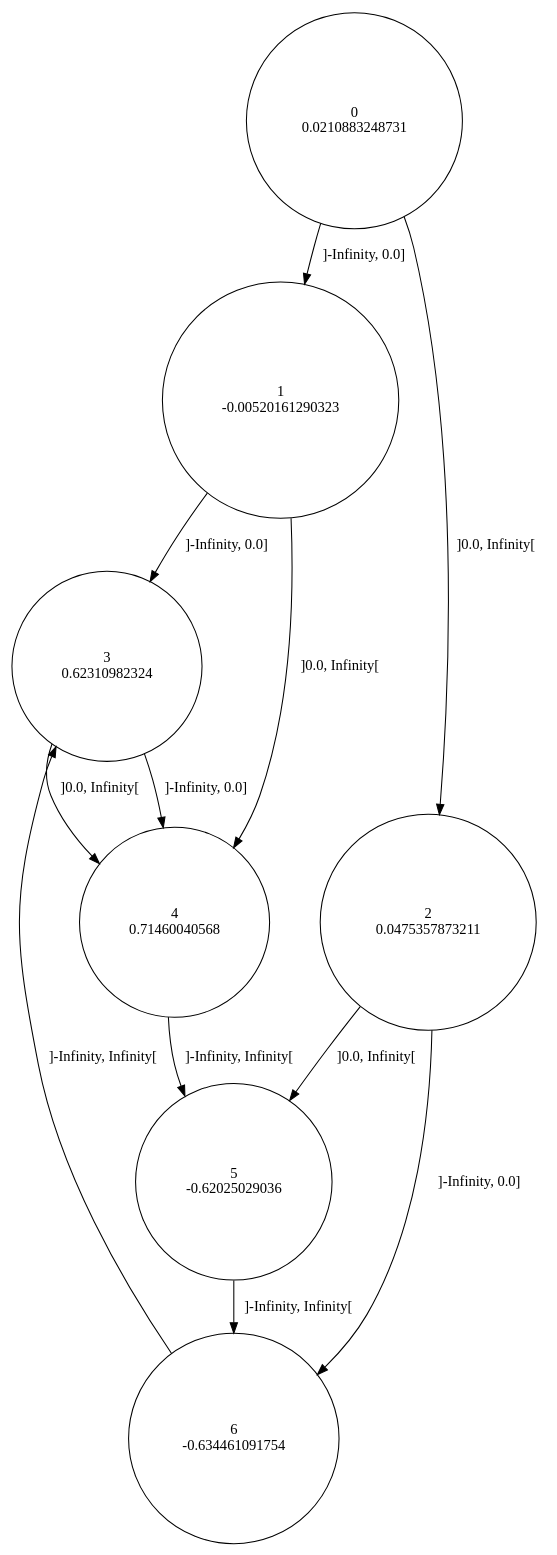
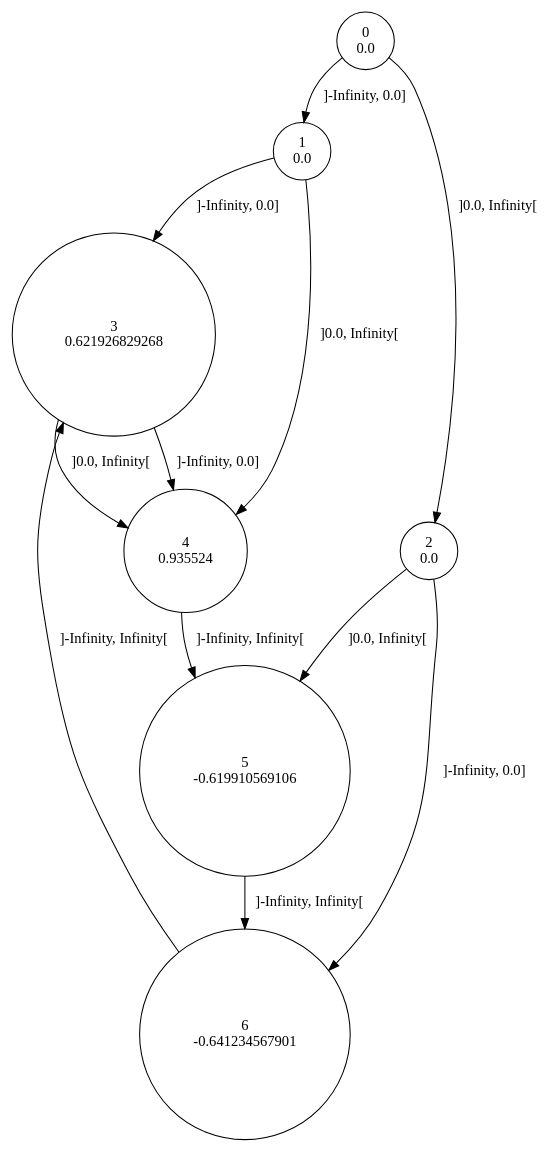
One commit to gllpellegrino/RAI_experiments changed the diagram in distorced_sinus_1/data/7/rtisy.dot. Above: the diagram before and after it, drawn with Graphviz. The commit also changed 148 other files, not shown here.

```diff
--- a/distorced_sinus_1/data/7/rtisy.dot
+++ b/distorced_sinus_1/data/7/rtisy.dot
@@ -1,20 +1,20 @@
 digraph a {
-0 [shape=circle, label="0\n0.0210883248731"];
+0 [shape=circle, label="0\n0.0"];
 	0 -> 1 [label="]-Infinity, 0.0]"];
 	0 -> 2 [label="]0.0, Infinity["];
-1 [shape=circle, label="1\n-0.00520161290323"];
+1 [shape=circle, label="1\n0.0"];
 	1 -> 3 [label="]-Infinity, 0.0]"];
 	1 -> 4 [label="]0.0, Infinity["];
-2 [shape=circle, label="2\n0.0475357873211"];
+2 [shape=circle, label="2\n0.0"];
 	2 -> 6 [label="]-Infinity, 0.0]"];
 	2 -> 5 [label="]0.0, Infinity["];
-3 [shape=circle, label="3\n0.62310982324"];
+3 [shape=circle, label="3\n0.621926829268"];
 	3 -> 4 [label="]-Infinity, 0.0]"];
 	3 -> 4 [label="]0.0, Infinity["];
-4 [shape=circle, label="4\n0.71460040568"];
+4 [shape=circle, label="4\n0.935524"];
 	4 -> 5 [label="]-Infinity, Infinity["];
-5 [shape=circle, label="5\n-0.62025029036"];
+5 [shape=circle, label="5\n-0.619910569106"];
 	5 -> 6 [label="]-Infinity, Infinity["];
-6 [shape=circle, label="6\n-0.634461091754"];
+6 [shape=circle, label="6\n-0.641234567901"];
 	6 -> 3 [label="]-Infinity, Infinity["];
 }
```
